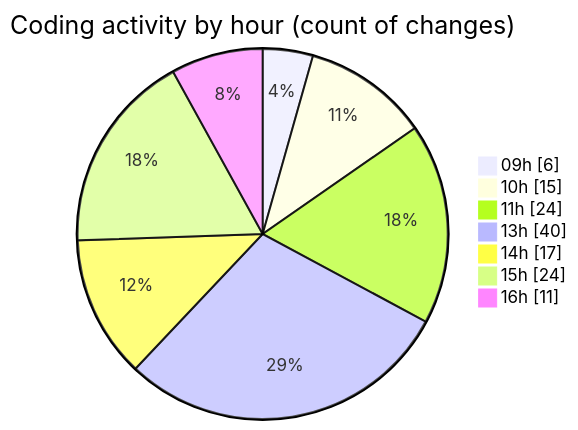
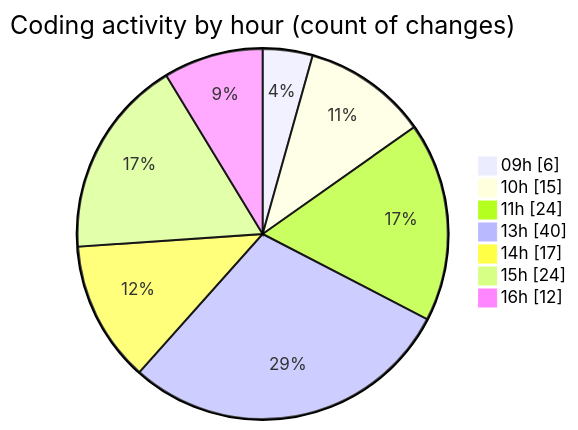
Before and after one commit to momahboobian/code-tracking: the second of 2 diagrams in 2026-04-20/cda/README.md, drawn with Mermaid. The commit also changed other lines of this file and 1 other file, not shown here.

````diff
--- a/2026-04-20/cda/README.md
+++ b/2026-04-20/cda/README.md
@@ -58,11 +59,11 @@
 ```mermaid
 pie showData
 title Coding activity by hour (count of changes)
 "09h" : 6
 "10h" : 15
 "11h" : 24
 "13h" : 40
 "14h" : 17
 "15h" : 24
-"16h" : 11
+"16h" : 12
 ```
````
